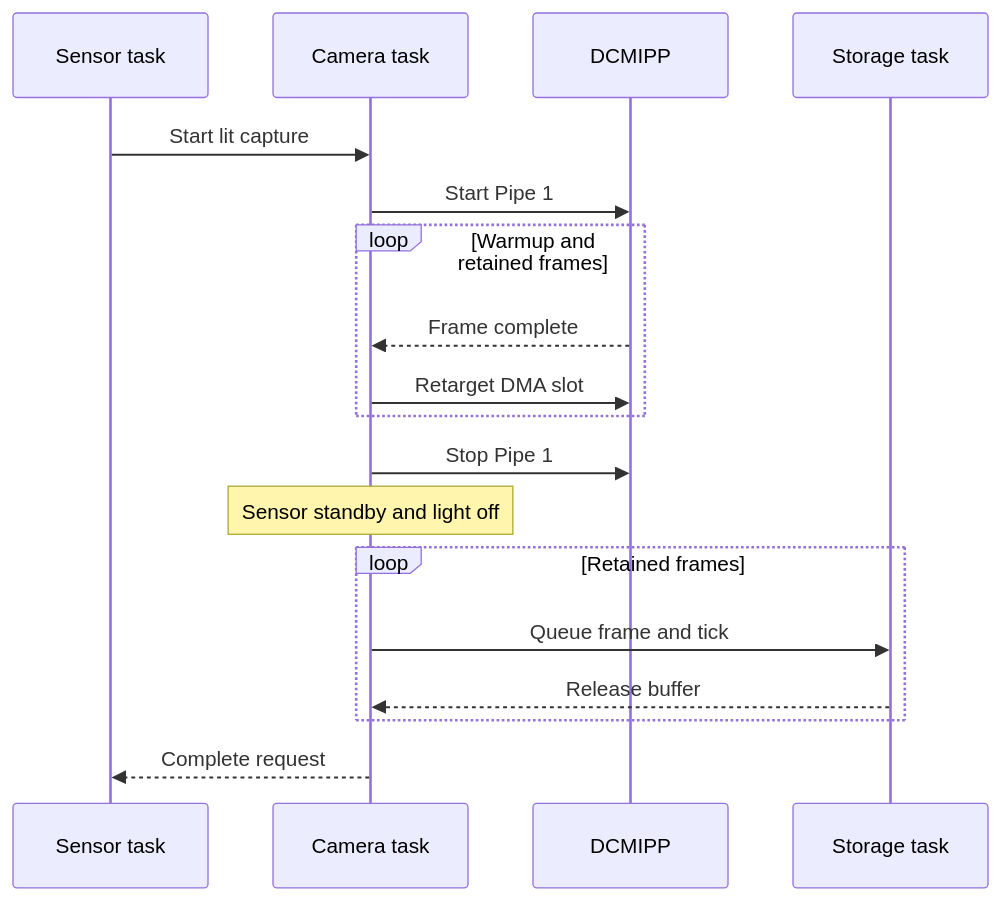
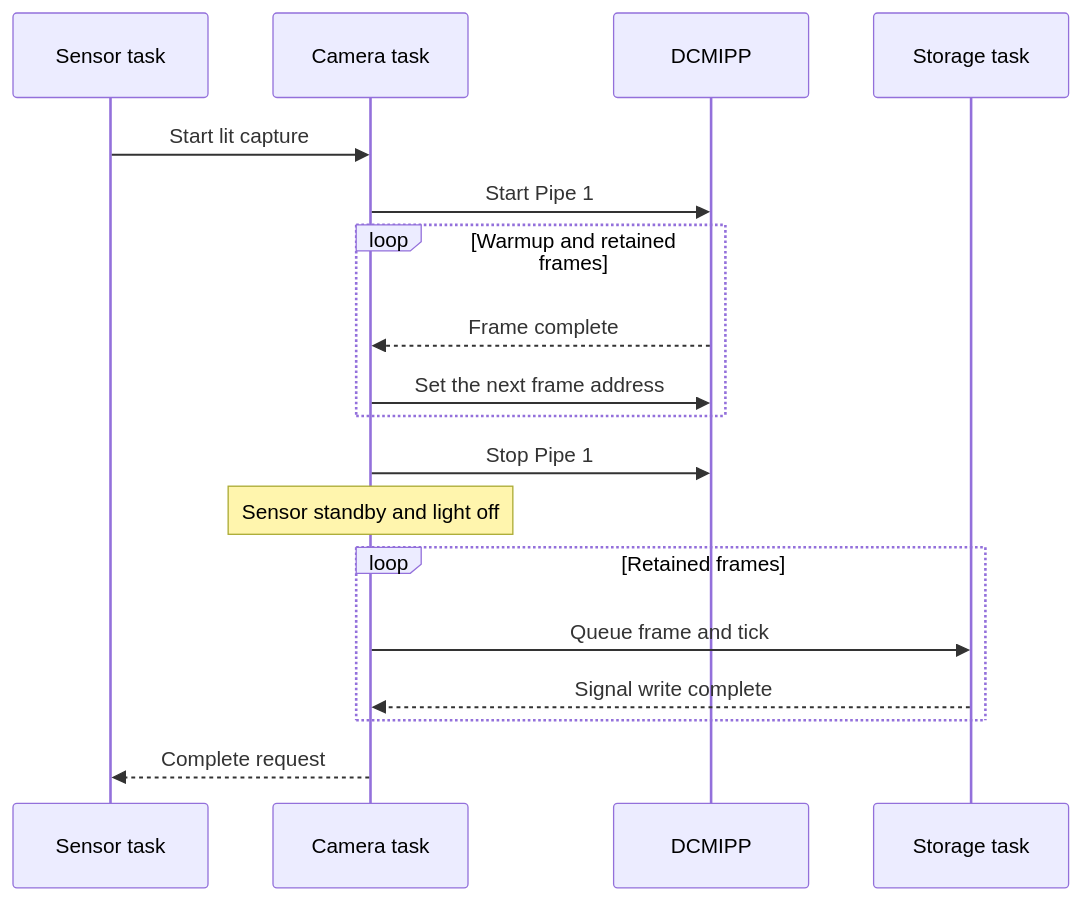
The second of 2 diagrams in docs/firmware-guide.md (SSierraAl/STM32N6_Discovery_Camera_ToF_SD), drawn with Mermaid before and after one commit. The commit also changed other lines of this file and 4 other files, not shown here.

Commit message:
Explain the MASSIF capture flow in plain English

````diff
--- a/docs/firmware-guide.md
+++ b/docs/firmware-guide.md
@@ -60,20 +60,20 @@
 ```mermaid
 sequenceDiagram
     participant ToF as Sensor task
     participant Cam as Camera task
     participant DMA as DCMIPP
     participant SD as Storage task
     ToF->>Cam: Start lit capture
     Cam->>DMA: Start Pipe 1
     loop Warmup and retained frames
         DMA-->>Cam: Frame complete
-        Cam->>DMA: Retarget DMA slot
+        Cam->>DMA: Set the next frame address
     end
     Cam->>DMA: Stop Pipe 1
     Note over Cam: Sensor standby and light off
     loop Retained frames
         Cam->>SD: Queue frame and tick
-        SD-->>Cam: Release buffer
+        SD-->>Cam: Signal write complete
     end
     Cam-->>ToF: Complete request
 ```
````
